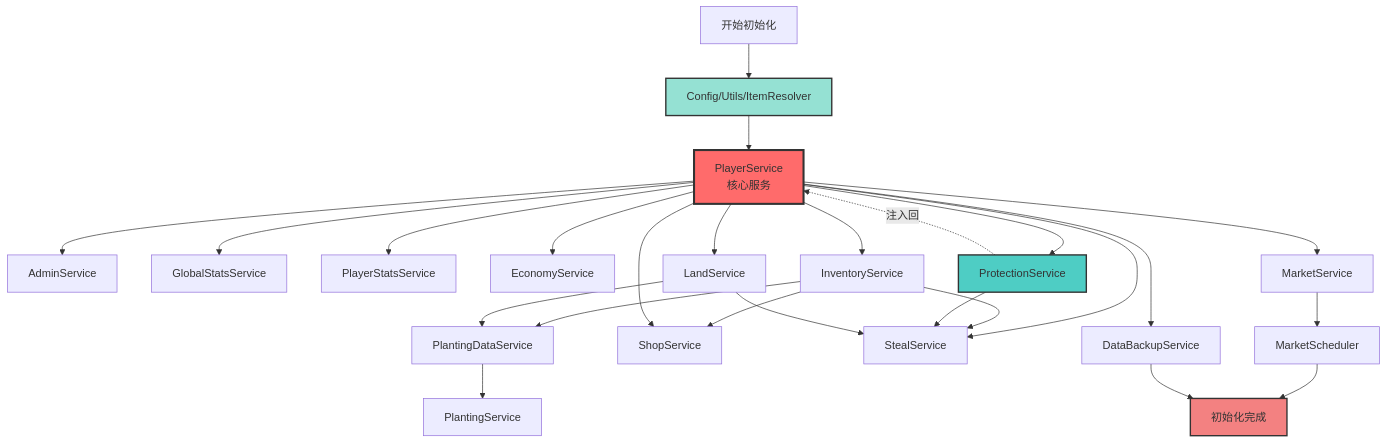
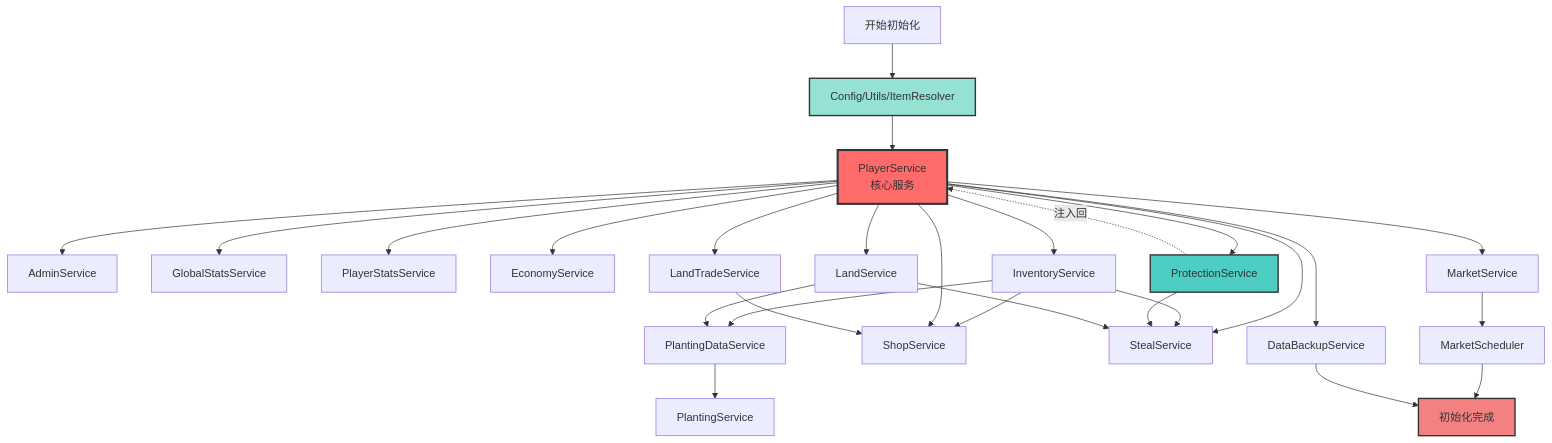
Before and after one commit to xingyu42/farm_game: the first of 2 diagrams in PROJECT_INDEX.md, drawn with Mermaid. The commit also changed other lines of this file and 12 other files, not shown here.

````diff
--- a/PROJECT_INDEX.md
+++ b/PROJECT_INDEX.md
@@ -192,42 +195,44 @@
 ```mermaid
 graph TD
     Start[开始初始化] --> Config[Config/Utils/ItemResolver]
 
     Config --> PlayerService[PlayerService<br/>核心服务]
 
     PlayerService --> AdminService[AdminService]
     PlayerService --> GlobalStats[GlobalStatsService]
     PlayerService --> PlayerStats[PlayerStatsService]
     PlayerService --> Economy[EconomyService]
 
     PlayerService --> Inventory[InventoryService]
     PlayerService --> Land[LandService]
+    PlayerService --> LandTrade[LandTradeService]
 
     Inventory --> PlantingData[PlantingDataService]
     Land --> PlantingData
     PlantingData --> Planting[PlantingService]
 
     Inventory --> Shop[ShopService]
     PlayerService --> Shop
+    LandTrade --> Shop
 
     PlayerService --> Protection[ProtectionService]
     Protection -.注入回.-> PlayerService
 
     PlayerService --> Steal[StealService]
     Inventory --> Steal
     Protection --> Steal
     Land --> Steal
 
     PlayerService --> Market[MarketService]
     Market --> Scheduler[MarketScheduler]
 
     PlayerService --> Backup[DataBackupService]
 
     Scheduler --> End[初始化完成]
     Backup --> End
 
     style PlayerService fill:#ff6b6b,stroke:#333,stroke-width:3px
     style Protection fill:#4ecdc4,stroke:#333,stroke-width:2px
     style Config fill:#95e1d3,stroke:#333,stroke-width:2px
     style End fill:#f38181,stroke:#333,stroke-width:2px
 ```
````
